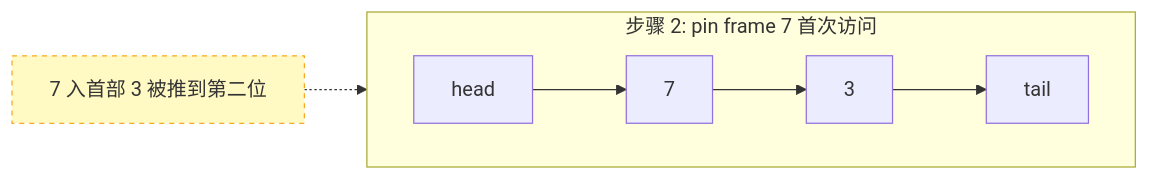
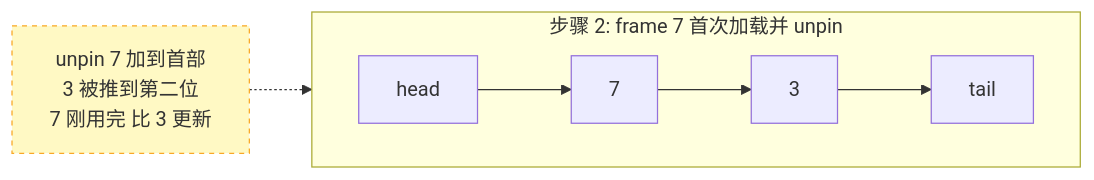
Before and after one commit to Dorian7Alden/RMDB-2024-Analyze: the fourth of 9 diagrams in my-analysis/01-storage-layer/07-page-replacer.md, drawn with Mermaid. The commit also changed other lines of this file, not shown here.

Commit message:
重大修正：LRU 的 pin 是摘掉 unpin 是加入 链表只存可淘汰 frame

````diff
--- a/my-analysis/01-storage-layer/07-page-replacer.md
+++ b/my-analysis/01-storage-layer/07-page-replacer.md
@@ -94,9 +125,9 @@
 ```mermaid
 flowchart LR
-    subgraph S2["步骤 2: pin frame 7 首次访问"]
+    subgraph S2["步骤 2: frame 7 首次加载并 unpin"]
         direction LR
-        H2["head"] --> N7["7"] --> N3["3"] --> T2["tail"]
+        H2["head"] --> N7["7"] --> N3b["3"] --> T2["tail"]
     end
-    NB2["7 入首部 3 被推到第二位"]:::sticky -.-> N7
+    NB2["unpin 7 加到首部\n3 被推到第二位\n7 刚用完 比 3 更新"]:::sticky -.-> N7
     classDef sticky fill:#fff9c4,stroke:#f9a825,stroke-dasharray: 4
 ```
````
